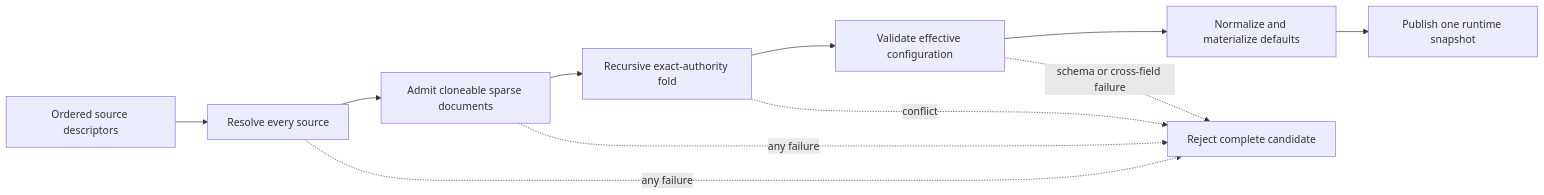
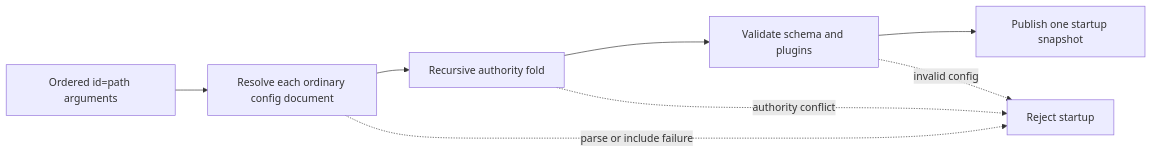
One commit to openclaw/rfcs changed the first of 3 diagrams in rfcs/0019-managed-configuration.md. Above: the diagram before and after it, drawn with Mermaid. The commit also changed other lines of this file, not shown here.

Commit message:
docs(rfc): align managed config with V1

````diff
--- a/rfcs/0019-managed-configuration.md
+++ b/rfcs/0019-managed-configuration.md
@@ -112,13 +117,10 @@
 ```mermaid
 flowchart LR
-  A[Ordered source descriptors] --> B[Resolve every source]
-  B --> C[Admit cloneable sparse documents]
-  C --> D[Recursive exact-authority fold]
-  D --> E[Validate effective configuration]
-  E --> F[Normalize and materialize defaults]
-  F --> G[Publish one runtime snapshot]
-  B -. any failure .-> X[Reject complete candidate]
-  C -. any failure .-> X
-  D -. conflict .-> X
-  E -. schema or cross-field failure .-> X
+  A[Ordered id=path arguments] --> B[Resolve each ordinary config document]
+  B --> C[Recursive authority fold]
+  C --> D[Validate schema and plugins]
+  D --> E[Publish one startup snapshot]
+  B -. parse or include failure .-> X[Reject startup]
+  C -. authority conflict .-> X
+  D -. invalid config .-> X
 ```
````
